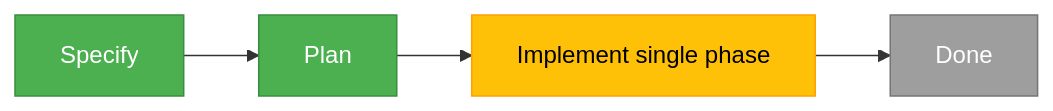
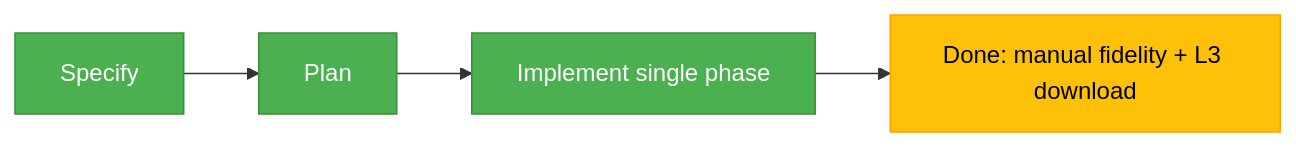
Before and after one commit to AI-Substrate/chainglass: the second of 2 diagrams in docs/plans/084-random-enhancements-3/preview-pdf-download.fltplan.md, drawn with Mermaid. The commit also changed other lines of this file, not shown here.

First line of the commit message:
pdf-export: flight plan — implementation complete, manual verification pending

````diff
--- a/docs/plans/084-random-enhancements-3/preview-pdf-download.fltplan.md
+++ b/docs/plans/084-random-enhancements-3/preview-pdf-download.fltplan.md
@@ -91,10 +91,10 @@
 ```mermaid
 flowchart LR
     classDef done fill:#4CAF50,stroke:#388E3C,color:#fff
     classDef active fill:#FFC107,stroke:#FFA000,color:#000
     classDef ready fill:#9E9E9E,stroke:#757575,color:#fff
 
     S[Specify]:::done --> P[Plan]:::done
-    P --> I[Implement single phase]:::active
-    I --> D[Done]:::ready
+    P --> I[Implement single phase]:::done
+    I --> D[Done: manual fidelity + L3 download]:::active
 ```
````
